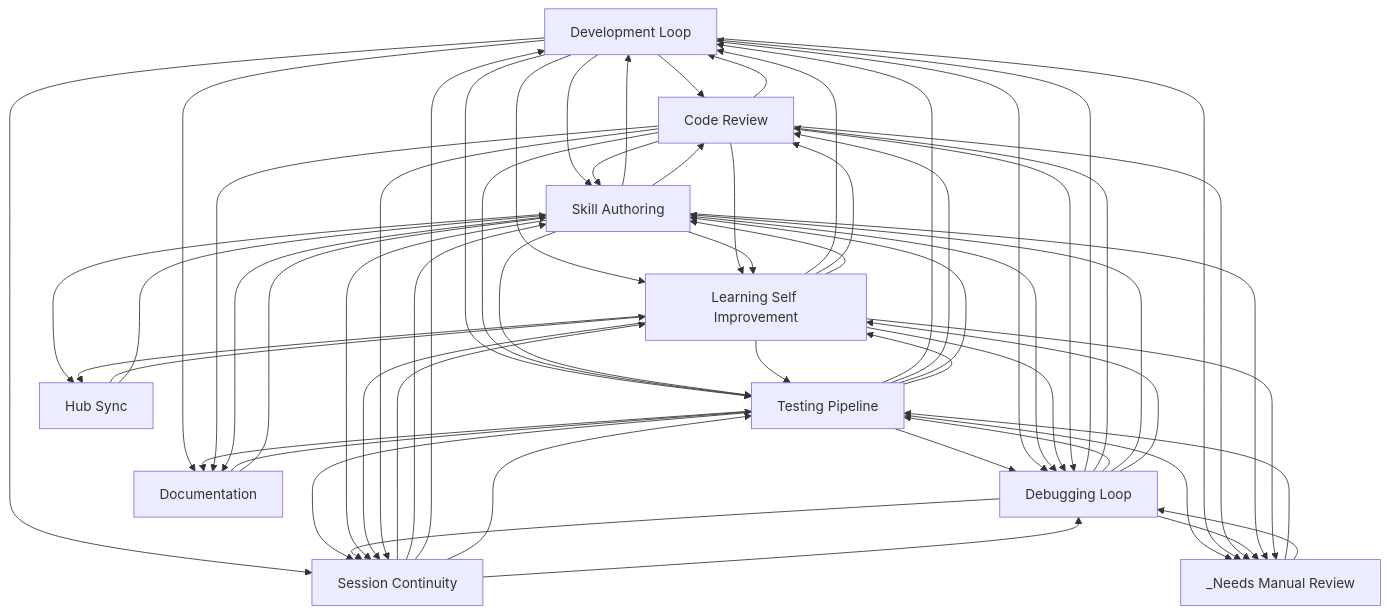
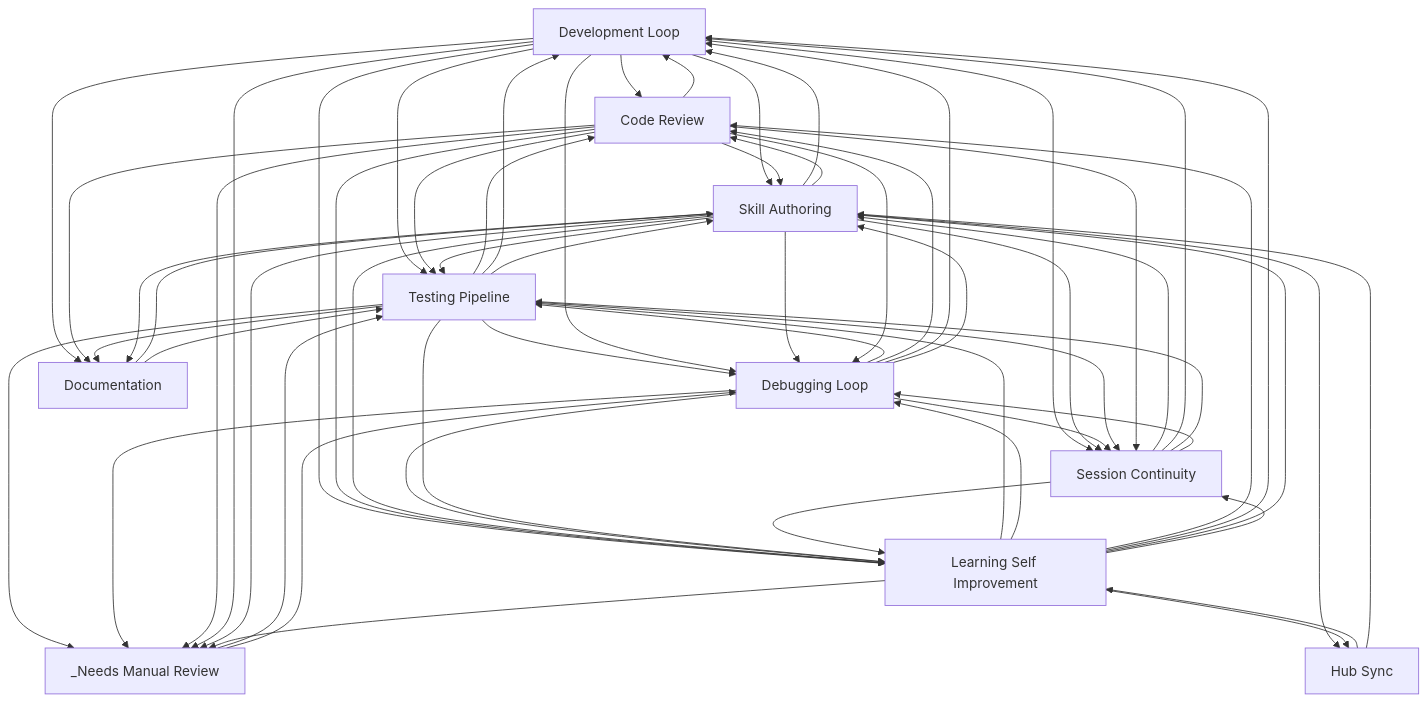
Before and after one commit to abhayla/claude-best-practices: the diagram in docs/workflows/INDEX.md, drawn with Mermaid. The commit also changed other lines of this file and 12 other files, not shown here.

````diff
--- a/docs/workflows/INDEX.md
+++ b/docs/workflows/INDEX.md
@@ -22,72 +22,72 @@
 ```mermaid
 graph TD
     development_loop[Development Loop]
     testing_pipeline[Testing Pipeline]
     debugging_loop[Debugging Loop]
     learning_self_improvement[Learning Self Improvement]
     session_continuity[Session Continuity]
     skill_authoring[Skill Authoring]
     code_review[Code Review]
     documentation[Documentation]
     hub_sync[Hub Sync]
     _needs_manual_review[_Needs Manual Review]
+    documentation --> skill_authoring
     documentation --> testing_pipeline
-    documentation --> skill_authoring
     development_loop --> code_review
     development_loop --> skill_authoring
     code_review --> development_loop
     code_review --> skill_authoring
+    development_loop --> testing_pipeline
     development_loop --> learning_self_improvement
-    development_loop --> testing_pipeline
+    code_review --> testing_pipeline
     code_review --> learning_self_improvement
-    code_review --> testing_pipeline
+    testing_pipeline --> debugging_loop
+    testing_pipeline --> code_review
     testing_pipeline --> development_loop
-    testing_pipeline --> code_review
-    testing_pipeline --> debugging_loop
     testing_pipeline --> skill_authoring
+    debugging_loop --> testing_pipeline
+    debugging_loop --> code_review
     debugging_loop --> development_loop
-    debugging_loop --> code_review
-    debugging_loop --> testing_pipeline
     debugging_loop --> skill_authoring
     development_loop --> debugging_loop
     skill_authoring --> development_loop
     skill_authoring --> code_review
+    skill_authoring --> testing_pipeline
     skill_authoring --> learning_self_improvement
-    skill_authoring --> testing_pipeline
     development_loop --> documentation
+    code_review --> documentation
     testing_pipeline --> documentation
-    code_review --> documentation
     development_loop --> session_continuity
     _needs_manual_review --> testing_pipeline
     testing_pipeline --> _needs_manual_review
+    skill_authoring --> session_continuity
+    debugging_loop --> session_continuity
     testing_pipeline --> session_continuity
-    debugging_loop --> session_continuity
-    skill_authoring --> session_continuity
     skill_authoring --> debugging_loop
     _needs_manual_review --> debugging_loop
+    debugging_loop --> learning_self_improvement
     testing_pipeline --> learning_self_improvement
-    debugging_loop --> learning_self_improvement
-    learning_self_improvement --> development_loop
-    learning_self_improvement --> code_review
     learning_self_improvement --> testing_pipeline
     learning_self_improvement --> debugging_loop
+    learning_self_improvement --> code_review
+    learning_self_improvement --> development_loop
     learning_self_improvement --> skill_authoring
     code_review --> debugging_loop
+    debugging_loop --> _needs_manual_review
+    code_review --> _needs_manual_review
     development_loop --> _needs_manual_review
-    code_review --> _needs_manual_review
-    debugging_loop --> _needs_manual_review
     skill_authoring --> _needs_manual_review
     learning_self_improvement --> session_continuity
     code_review --> session_continuity
     session_continuity --> learning_self_improvement
     session_continuity --> skill_authoring
     session_continuity --> development_loop
     session_continuity --> testing_pipeline
     session_continuity --> debugging_loop
     skill_authoring --> hub_sync
     learning_self_improvement --> hub_sync
     learning_self_improvement --> _needs_manual_review
     hub_sync --> learning_self_improvement
     hub_sync --> skill_authoring
     skill_authoring --> documentation
 ```
````
